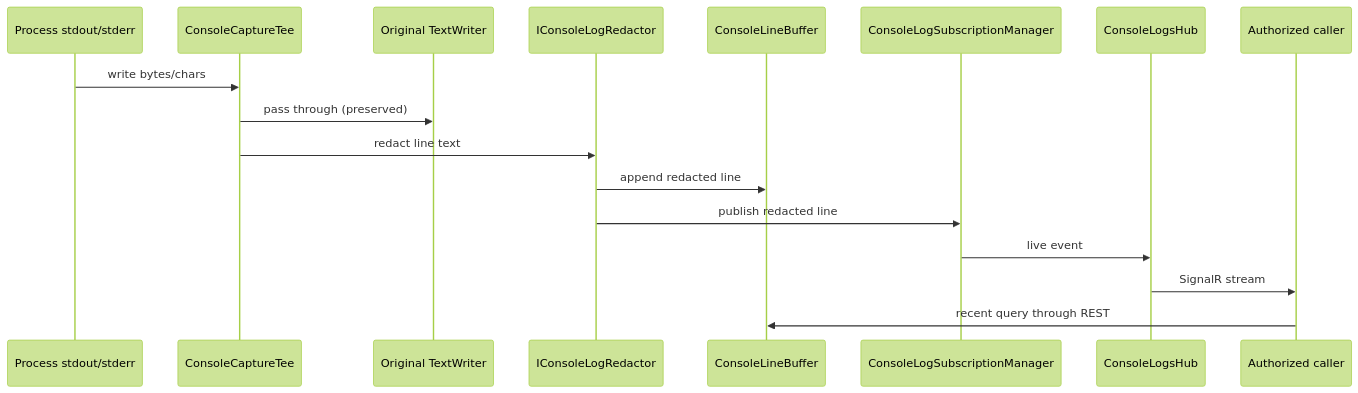
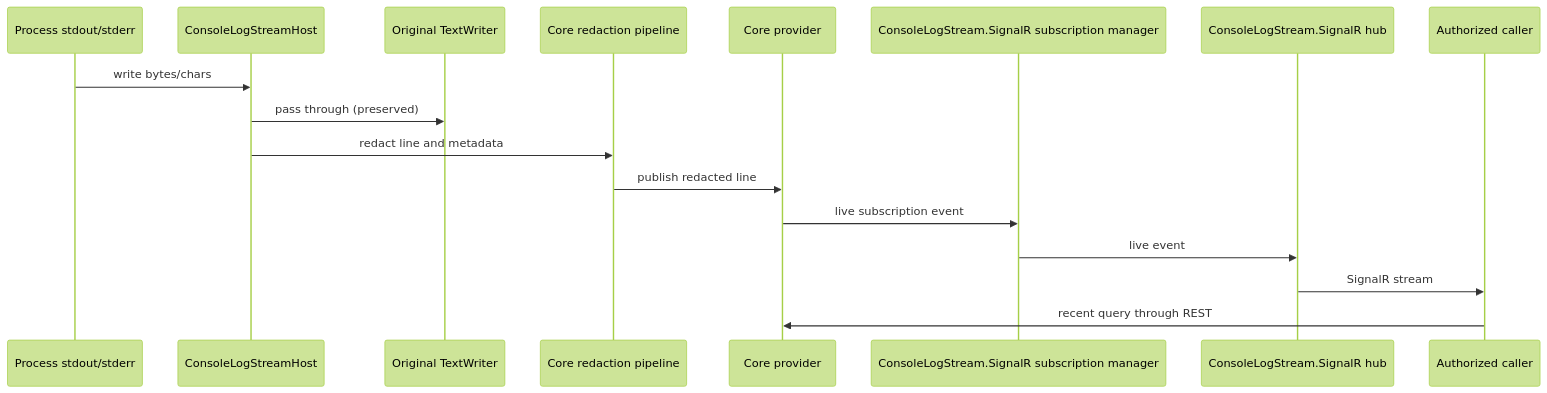
One commit to elsa-workflows/elsa-core changed the diagram in doc/wiki/diagnostics-console-logs.md. Above: the diagram before and after it, drawn with Mermaid (forest theme). The commit also changed other lines of this file and 73 other files, not shown here.

Commit message:
Remove `ConsoleCaptureTee` and related services and tests

````diff
--- a/doc/wiki/diagnostics-console-logs.md
+++ b/doc/wiki/diagnostics-console-logs.md
@@ -47,20 +43,20 @@
 ```mermaid
 sequenceDiagram
     participant Console as Process stdout/stderr
-    participant Tee as ConsoleCaptureTee
+    participant Hook as ConsoleLogStreamHost
     participant Original as Original TextWriter
-    participant Redactor as IConsoleLogRedactor
-    participant Buffer as ConsoleLineBuffer
-    participant Manager as ConsoleLogSubscriptionManager
-    participant Hub as ConsoleLogsHub
+    participant Pipeline as Core redaction pipeline
+    participant Provider as Core provider
+    participant Manager as ConsoleLogStream.SignalR subscription manager
+    participant Hub as ConsoleLogStream.SignalR hub
     participant Client as Authorized caller
 
-    Console->>Tee: write bytes/chars
-    Tee->>Original: pass through (preserved)
-    Tee->>Redactor: redact line text
-    Redactor->>Buffer: append redacted line
-    Redactor->>Manager: publish redacted line
+    Console->>Hook: write bytes/chars
+    Hook->>Original: pass through (preserved)
+    Hook->>Pipeline: redact line and metadata
+    Pipeline->>Provider: publish redacted line
+    Provider->>Manager: live subscription event
     Manager->>Hub: live event
     Hub->>Client: SignalR stream
-    Client->>Buffer: recent query through REST
+    Client->>Provider: recent query through REST
 ```
````
